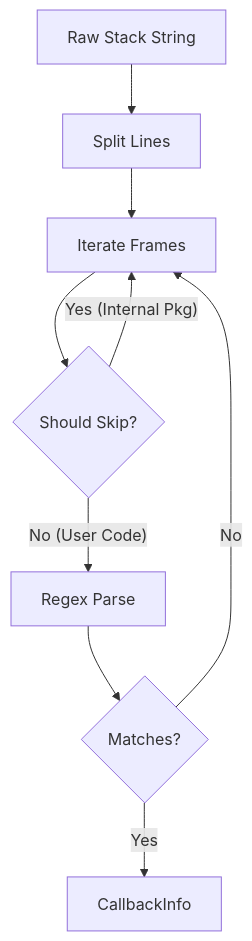
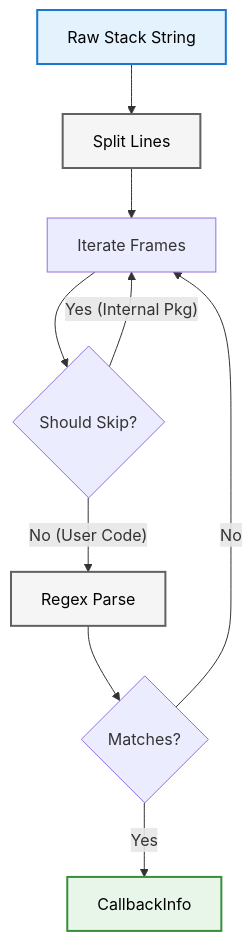
One commit to pooriaaskarim/logd changed the diagram in docs/stack_trace/architecture.md. Above: the diagram before and after it, drawn with Mermaid. The commit also changed 5 other files, not shown here.

First line of the commit message:
Docs: Refactor documentation structure and add diagrams

````diff
--- a/docs/stack_trace/architecture.md
+++ b/docs/stack_trace/architecture.md
@@ -9,11 +9,19 @@
 ```mermaid
 flowchart TD
     Raw[Raw Stack String] --> Split[Split Lines]
     Split --> Loop[Iterate Frames]
     Loop --> Skip{Should Skip?}
     Skip -- Yes (Internal Pkg) --> Loop
     Skip -- No (User Code) --> Parse[Regex Parse]
     Parse --> Match{Matches?}
     Match -- Yes --> Struct[CallbackInfo]
     Match -- No --> Loop
+    
+    classDef inputStyle fill:#e3f2fd,stroke:#1976d2,stroke-width:2px,color:#000
+    classDef processStyle fill:#f5f5f5,stroke:#616161,stroke-width:2px,color:#000
+    classDef outputStyle fill:#e8f5e9,stroke:#388e3c,stroke-width:2px,color:#000
+    
+    class Raw inputStyle
+    class Split,Parse processStyle
+    class Struct outputStyle
 ```
````
